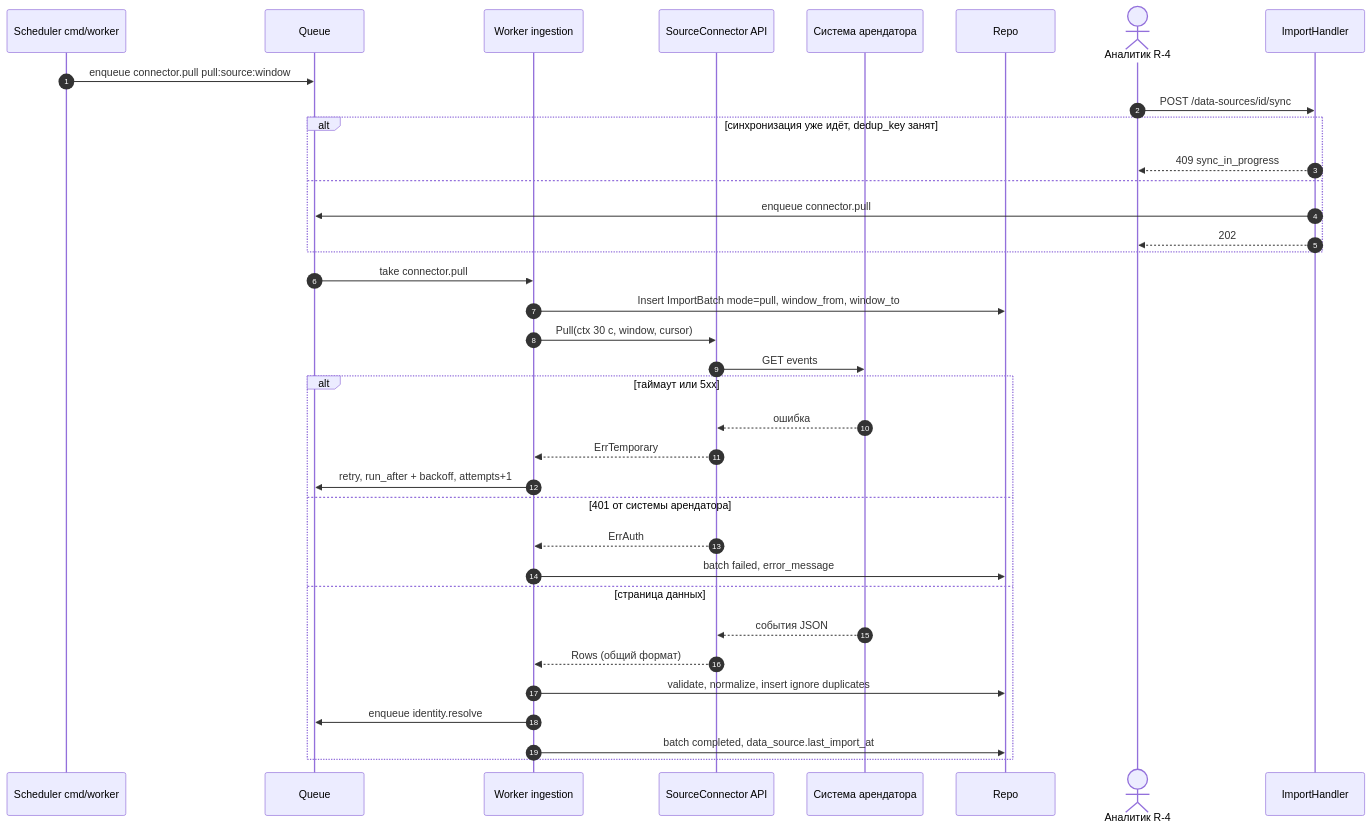
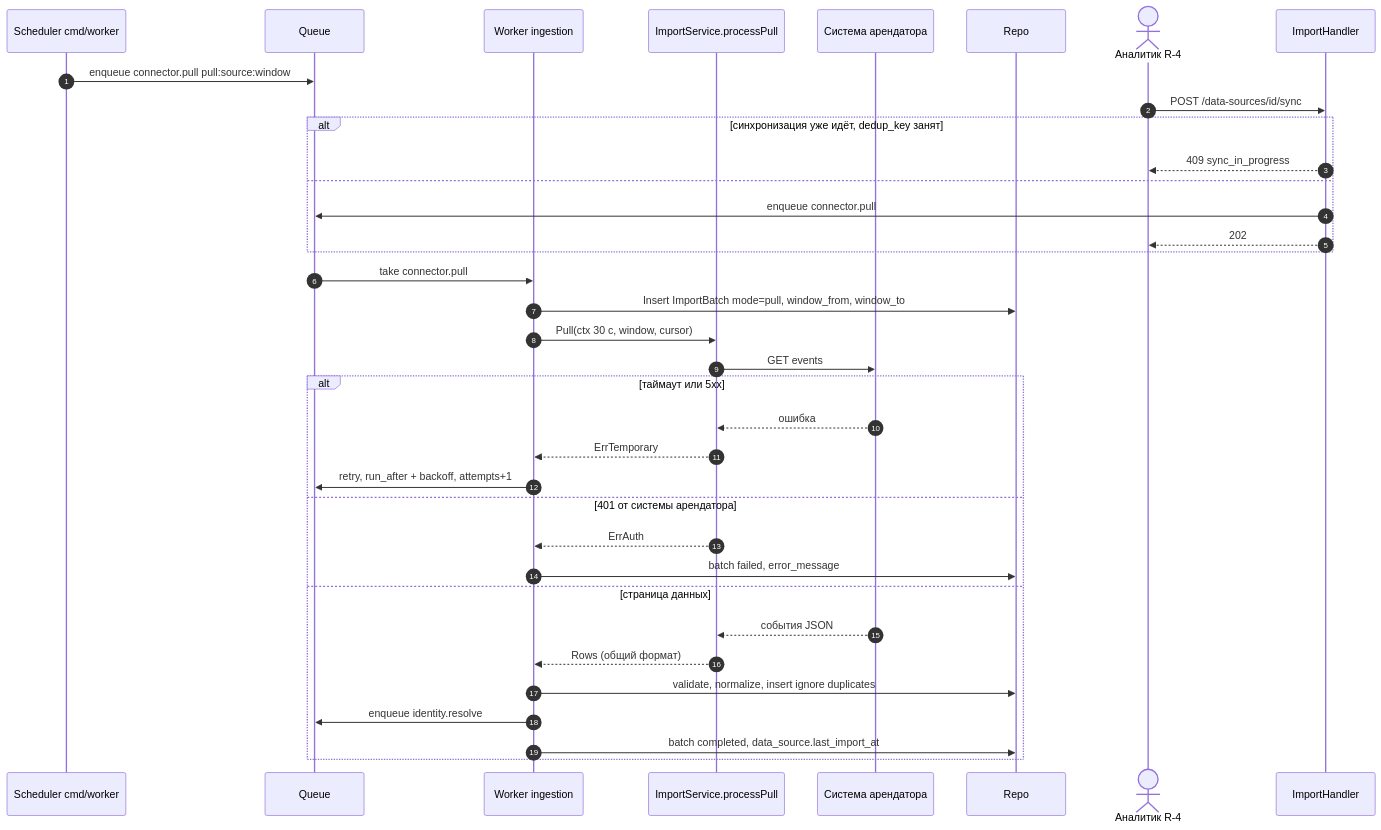
One commit to MangriMen/UCRP changed the third of 9 diagrams in docs/design/09-sequence-diagrams.md. Above: the diagram before and after it, drawn with Mermaid. The commit also changed other lines of this file and 195 other files, not shown here.

````diff
--- a/docs/design/09-sequence-diagrams.md
+++ b/docs/design/09-sequence-diagrams.md
@@ -100,38 +100,38 @@
 ```mermaid
 sequenceDiagram
   autonumber
   participant Sch as Scheduler cmd/worker
   participant Q as Queue
   participant W as Worker ingestion
-  participant C as SourceConnector API
+  participant C as ImportService.processPull
   participant X as Система арендатора
   participant R as Repo
   actor A as Аналитик R-4
   participant H as ImportHandler
   Sch->>Q: enqueue connector.pull pull:source:window
   A->>H: POST /data-sources/id/sync
   alt синхронизация уже идёт, dedup_key занят
     H-->>A: 409 sync_in_progress
   else
     H->>Q: enqueue connector.pull
     H-->>A: 202
   end
   Q->>W: take connector.pull
   W->>R: Insert ImportBatch mode=pull, window_from, window_to
   W->>C: Pull(ctx 30 с, window, cursor)
   C->>X: GET events
   alt таймаут или 5xx
     X-->>C: ошибка
     C-->>W: ErrTemporary
     W->>Q: retry, run_after + backoff, attempts+1
   else 401 от системы арендатора
     C-->>W: ErrAuth
     W->>R: batch failed, error_message
   else страница данных
     X-->>C: события JSON
     C-->>W: Rows (общий формат)
     W->>R: validate, normalize, insert ignore duplicates
     W->>Q: enqueue identity.resolve
     W->>R: batch completed, data_source.last_import_at
   end
 ```
````
